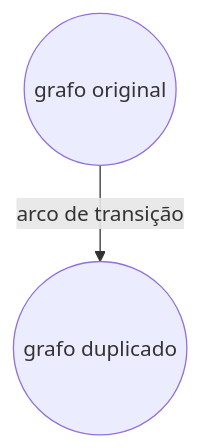
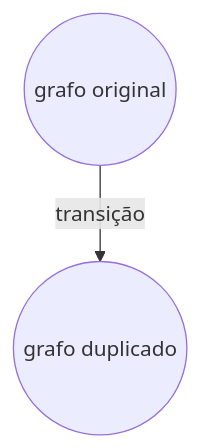
Before and after one commit to almeidaraul/almeidaraul.github.io: the second of 5 diagrams in _posts/2023-11-23-graph.md, drawn with Mermaid. The commit also changed other lines of this file and 1 other file, not shown here.

```diff
--- a/_posts/2023-11-23-graph.md
+++ b/_posts/2023-11-23-graph.md
@@ -150,4 +150,4 @@
 {% mermaid %}
 graph TD
-    id1((grafo original)) -->|arco de transição| id2((grafo duplicado))
+    id1((grafo original)) -->|transição| id2((grafo duplicado))
 {% endmermaid %}
```
